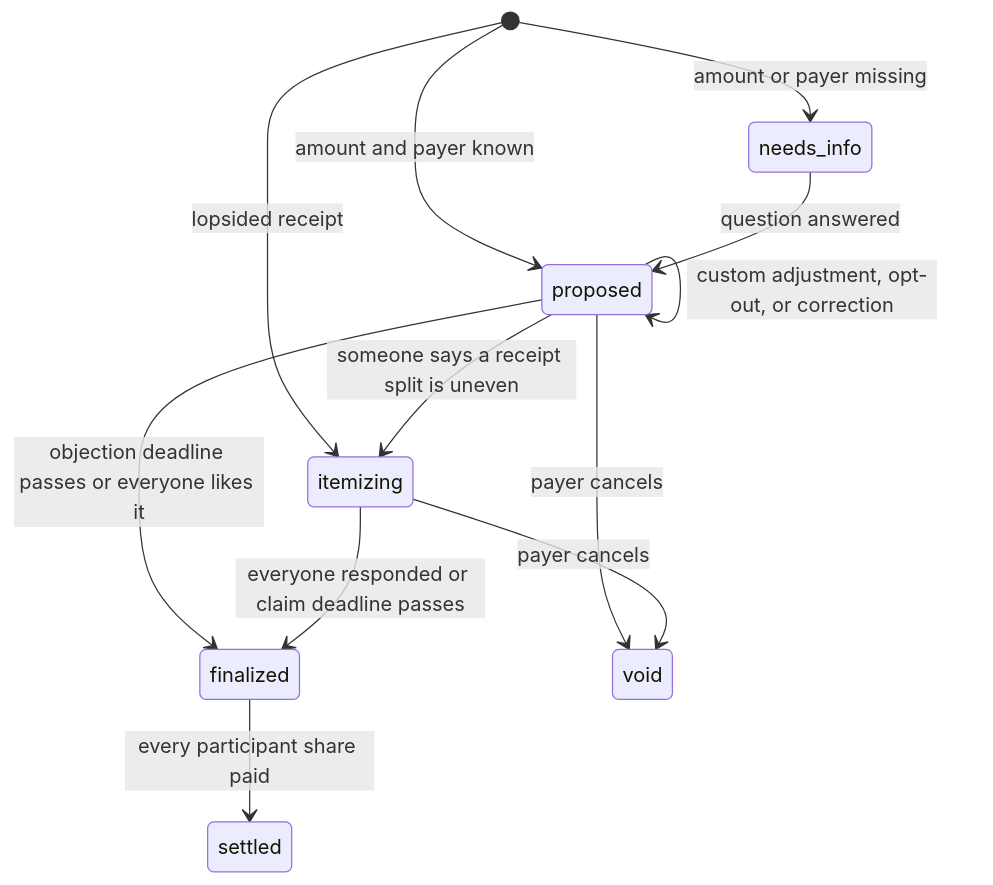
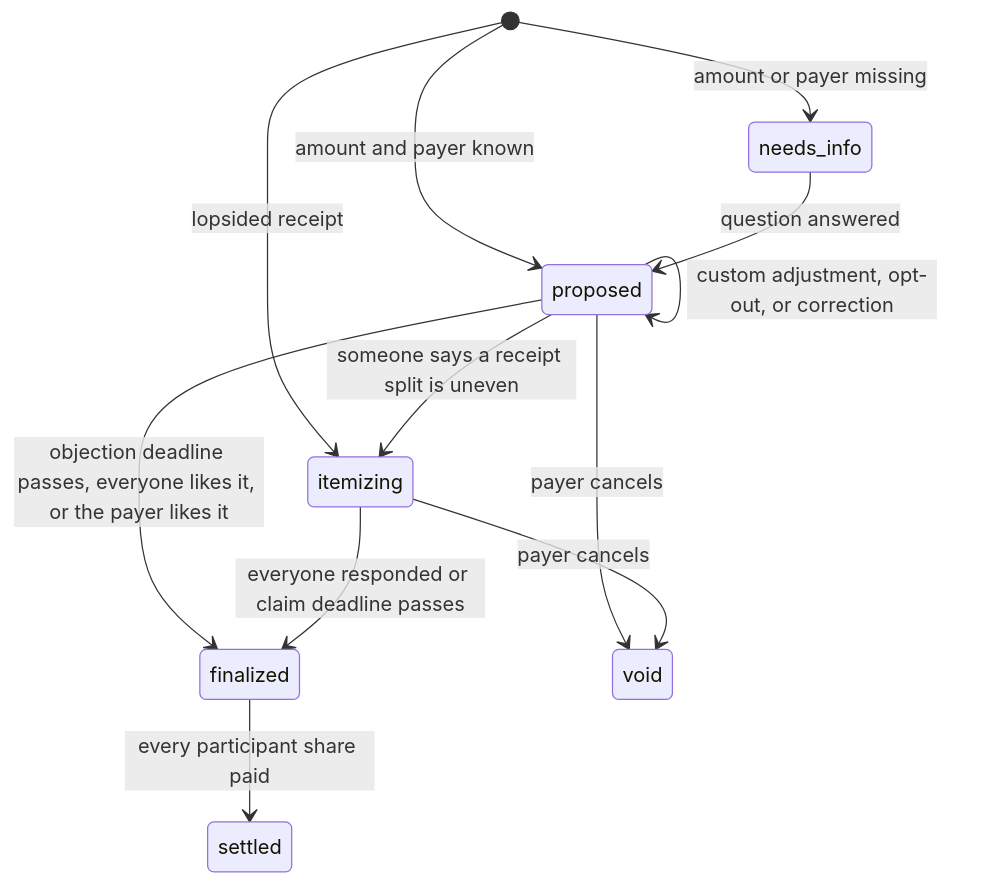
One commit to HarjyotS/Tab_MHacks26 changed the third of 3 diagrams in SPEC.md. Above: the diagram before and after it, drawn with Mermaid. The commit also changed other lines of this file, not shown here.

First line of the commit message:
SPEC: payer's 👍 locks in, agreement, fractional shares, no repeated questions

````diff
--- a/SPEC.md
+++ b/SPEC.md
@@ -488,14 +489,14 @@
 ```mermaid
 stateDiagram-v2
   [*] --> needs_info: amount or payer missing
   [*] --> proposed: amount and payer known
   [*] --> itemizing: lopsided receipt
   needs_info --> proposed: question answered
   proposed --> proposed: custom adjustment, opt-out, or correction
   proposed --> itemizing: someone says a receipt split is uneven
-  proposed --> finalized: objection deadline passes or everyone likes it
+  proposed --> finalized: objection deadline passes, everyone likes it, or the payer likes it
   itemizing --> finalized: everyone responded or claim deadline passes
   finalized --> settled: every participant share paid
   proposed --> void: payer cancels
   itemizing --> void: payer cancels
 ```
````
